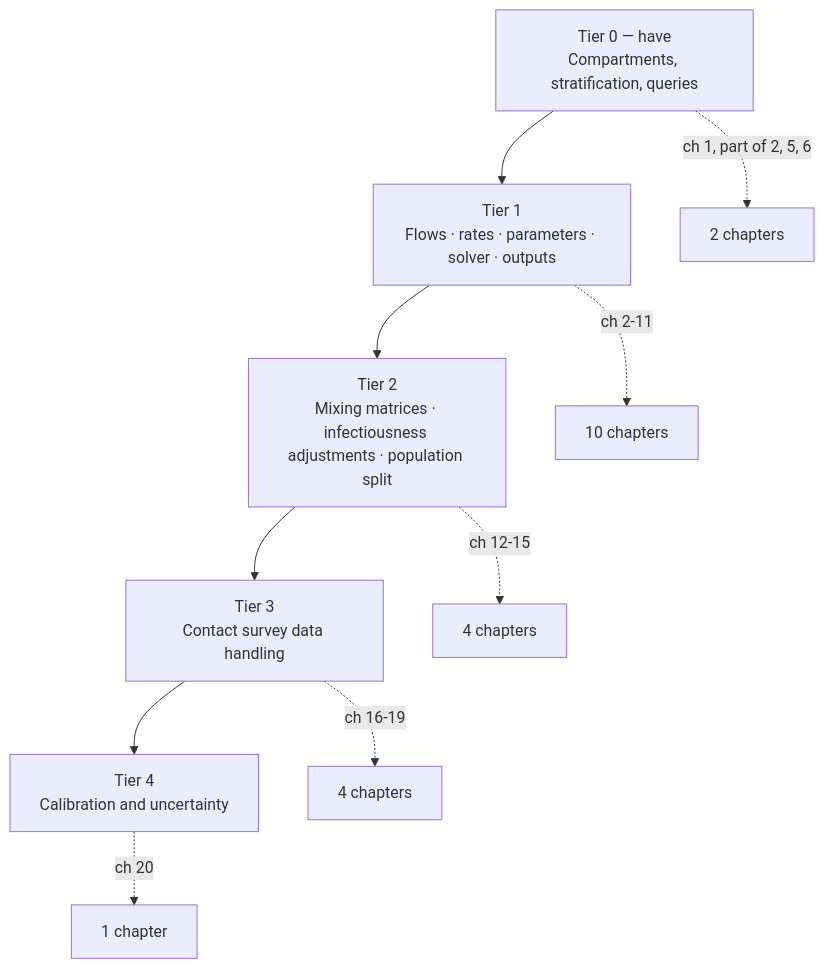
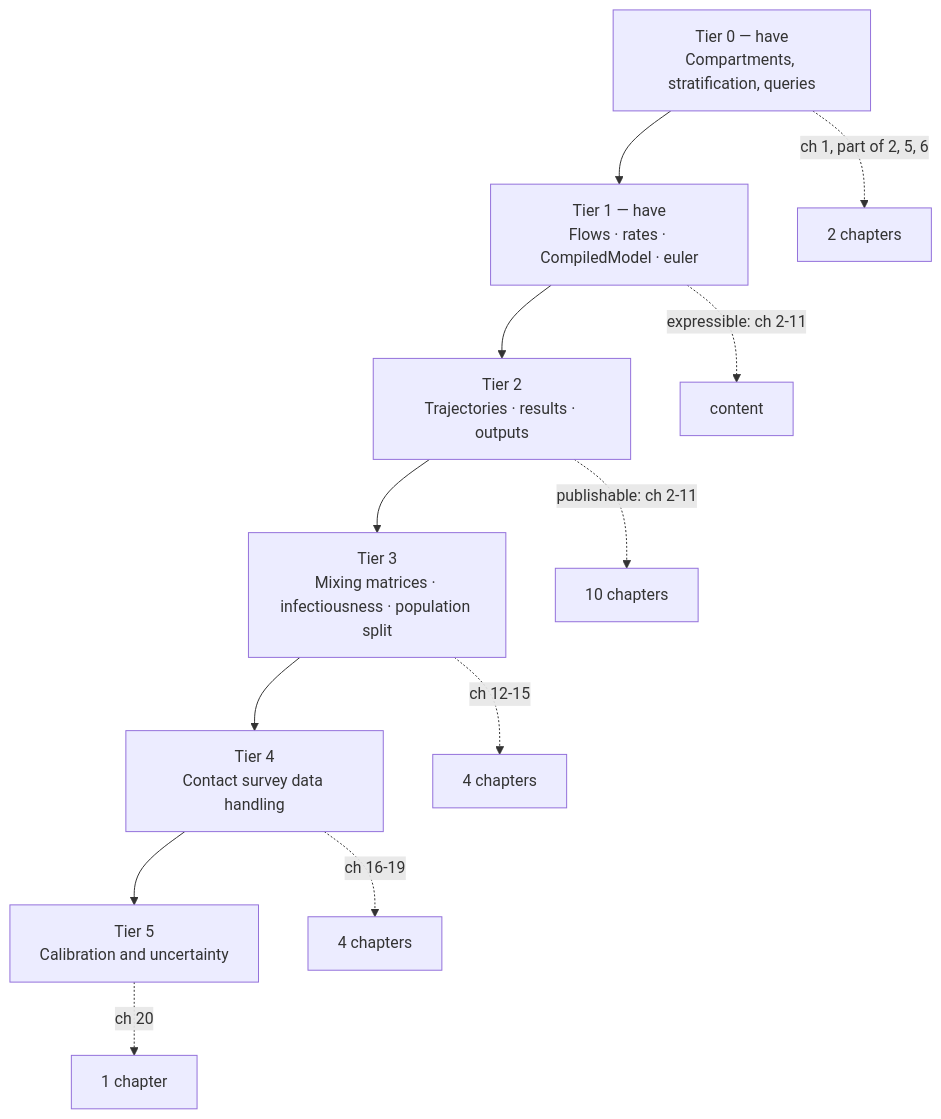
One commit to monash-emu/summer4 changed the diagram in docs/textbook/roadmap.md. Above: the diagram before and after it, drawn with Mermaid. The commit also changed other lines of this file and 63 other files, not shown here.

First line of the commit message:
Promote the flows spike into summer4 with EdgeMap and CompiledModel.

````diff
--- a/docs/textbook/roadmap.md
+++ b/docs/textbook/roadmap.md
@@ -48,16 +48,18 @@
 ```{mermaid}
 flowchart TB
     T0["Tier 0 — have<br/>Compartments, stratification, queries"]
-    T1["Tier 1<br/>Flows · rates · parameters · solver · outputs"]
-    T2["Tier 2<br/>Mixing matrices · infectiousness adjustments · population split"]
-    T3["Tier 3<br/>Contact survey data handling"]
-    T4["Tier 4<br/>Calibration and uncertainty"]
+    T1["Tier 1 — have<br/>Flows · rates · CompiledModel · euler"]
+    T2["Tier 2<br/>Trajectories · results · outputs"]
+    T3["Tier 3<br/>Mixing matrices · infectiousness · population split"]
+    T4["Tier 4<br/>Contact survey data handling"]
+    T5["Tier 5<br/>Calibration and uncertainty"]
 
-    T0 --> T1 --> T2 --> T3 --> T4
+    T0 --> T1 --> T2 --> T3 --> T4 --> T5
 
     T0 -.->|"ch 1, part of 2, 5, 6"| C0["2 chapters"]
-    T1 -.->|"ch 2-11"| C1["10 chapters"]
-    T2 -.->|"ch 12-15"| C2["4 chapters"]
-    T3 -.->|"ch 16-19"| C3["4 chapters"]
-    T4 -.->|"ch 20"| C4["1 chapter"]
+    T1 -.->|"expressible: ch 2-11"| C1["content"]
+    T2 -.->|"publishable: ch 2-11"| C2["10 chapters"]
+    T3 -.->|"ch 12-15"| C3["4 chapters"]
+    T4 -.->|"ch 16-19"| C4["4 chapters"]
+    T5 -.->|"ch 20"| C5["1 chapter"]
 ```
````
